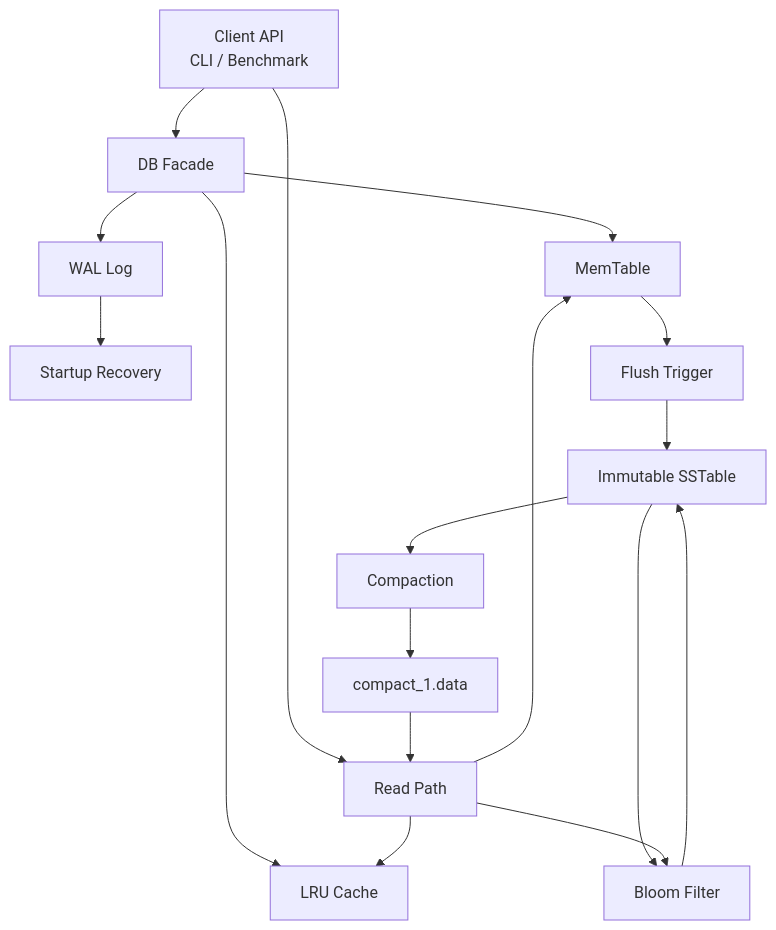
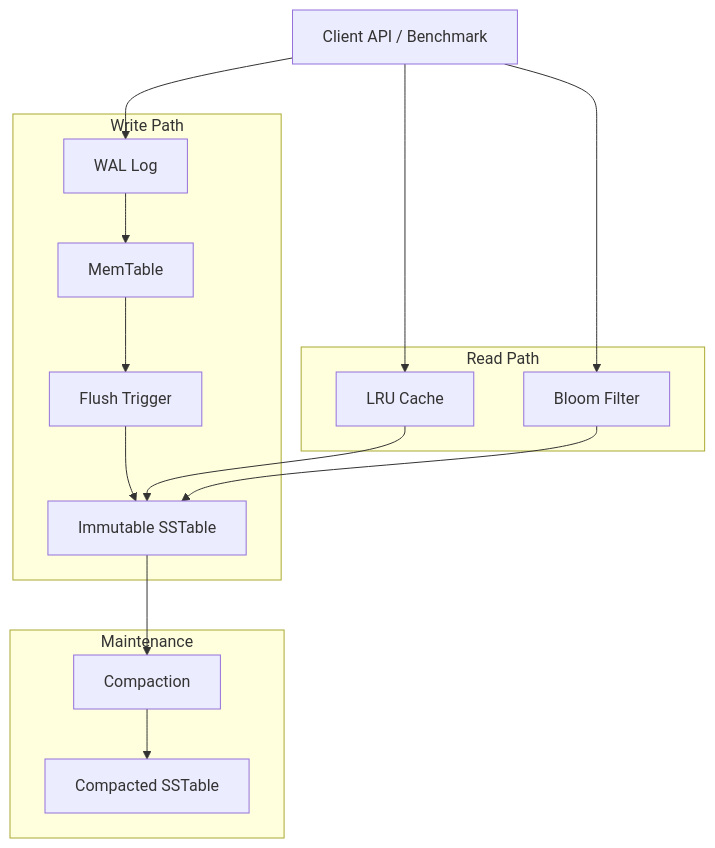
Before and after one commit to CserXu/MiniKV: the diagram in README.md, drawn with Mermaid.

Commit message:
Improve README

````diff
--- a/README.md
+++ b/README.md
@@ -23,24 +23,37 @@
 ```mermaid
-graph TD
-    Client["Client API<br/>CLI / Benchmark"] --> DB["DB Facade"]
+graph TB
 
-    DB --> Cache["LRU Cache"]
-    DB --> WAL["WAL Log"]
-    DB --> MemTable["MemTable"]
+    Client["Client API / Benchmark"]
 
-    WAL --> Recovery["Startup Recovery"]
+    subgraph WritePath["Write Path"]
+        WAL["WAL Log"]
+        MemTable["MemTable"]
+        Flush["Flush Trigger"]
+        SSTable["Immutable SSTable"]
 
-    MemTable --> Flush["Flush Trigger"]
-    Flush --> SSTable["Immutable SSTable"]
-    SSTable --> Bloom["Bloom Filter"]
+        WAL --> MemTable
+        MemTable --> Flush
+        Flush --> SSTable
+    end
 
-    SSTable --> Compaction["Compaction"]
-    Compaction --> CompactFile["compact_1.data"]
+    subgraph ReadPath["Read Path"]
+        Cache["LRU Cache"]
+        Bloom["Bloom Filter"]
 
-    Client --> ReadPath["Read Path"]
-    ReadPath --> Cache
-    ReadPath --> MemTable
-    ReadPath --> Bloom
-    Bloom --> SSTable
-    CompactFile --> ReadPath
+        Cache --> SSTable
+        Bloom --> SSTable
+    end
+
+    subgraph Maintenance["Maintenance"]
+        Compaction["Compaction"]
+        CompactFile["Compacted SSTable"]
+
+        Compaction --> CompactFile
+    end
+
+    Client --> WAL
+    Client --> Cache
+    Client --> Bloom
+
+    SSTable --> Compaction
 ```
````
